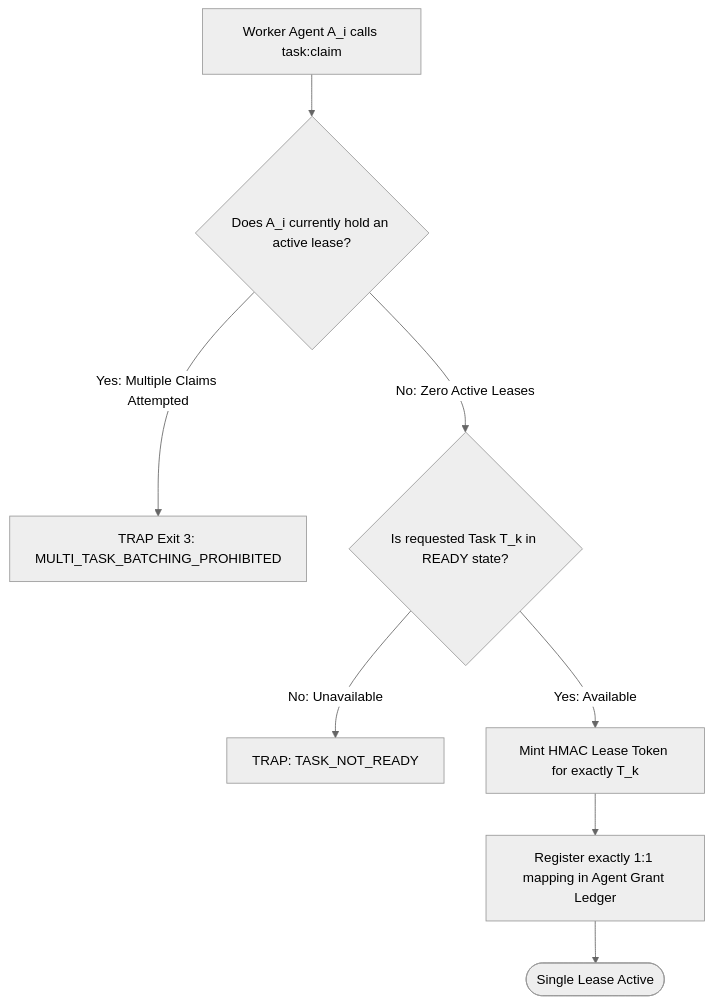
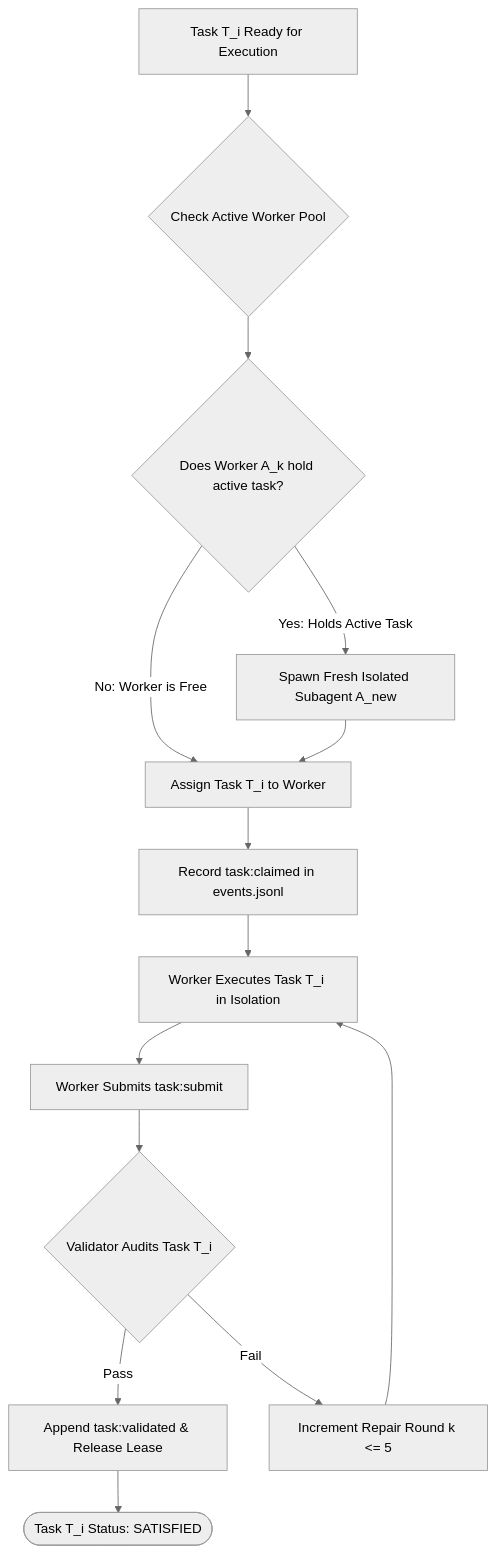
Before and after one commit to onurseckin/skills: the diagram in docs/olt/architecture/11-worktree-branching-honesty/11-02-strict-one-to-one-anti-batching.md, drawn with Mermaid (neutral theme). The commit also changed other lines of this file and 83 other files, not shown here.

````diff
--- a/docs/olt/architecture/11-worktree-branching-honesty/11-02-strict-one-to-one-anti-batching.md
+++ b/docs/olt/architecture/11-worktree-branching-honesty/11-02-strict-one-to-one-anti-batching.md
@@ -51,13 +87,21 @@
 ```mermaid
 flowchart TD
-    ClaimReq[Worker Agent A_i calls task:claim] --> CheckActive{Does A_i currently hold an active lease?}
+    TaskReady[Task T_i Ready for Execution] --> DispatchCheck{Check Active Worker Pool}
+    DispatchCheck --> CheckWorkerLease{Does Worker A_k hold active task?}
 
-    CheckActive -->|Yes: Multiple Claims Attempted| RejectBatch[TRAP Exit 3: MULTI_TASK_BATCHING_PROHIBITED]
-    CheckActive -->|No: Zero Active Leases| CheckTaskStatus{Is requested Task T_k in READY state?}
+    CheckWorkerLease -->|Yes: Holds Active Task| SpawnNew[Spawn Fresh Isolated Subagent A_new]
+    CheckWorkerLease -->|No: Worker is Free| AssignTask[Assign Task T_i to Worker]
+    SpawnNew --> AssignTask
 
-    CheckTaskStatus -->|No: Unavailable| RejectTask[TRAP: TASK_NOT_READY]
-    CheckTaskStatus -->|Yes: Available| MintLease[Mint HMAC Lease Token for exactly T_k]
+    AssignTask --> RecordLease[Record task:claimed in events.jsonl]
+    RecordLease --> ExecuteWorktree[Worker Executes Task T_i in Isolation]
 
-    MintLease --> RegisterGrant[Register exactly 1:1 mapping in Agent Grant Ledger]
-    RegisterGrant --> LeaseActive([Single Lease Active])
+    ExecuteWorktree --> SubmitTask[Worker Submits task:submit]
+    SubmitTask --> ValidateTask{Validator Audits Task T_i}
+
+    ValidateTask -->|Pass| SealTask[Append task:validated & Release Lease]
+    ValidateTask -->|Fail| RepairTask[Increment Repair Round k <= 5]
+
+    SealTask --> Complete([Task T_i Status: SATISFIED])
+    RepairTask --> ExecuteWorktree
 ```
````
